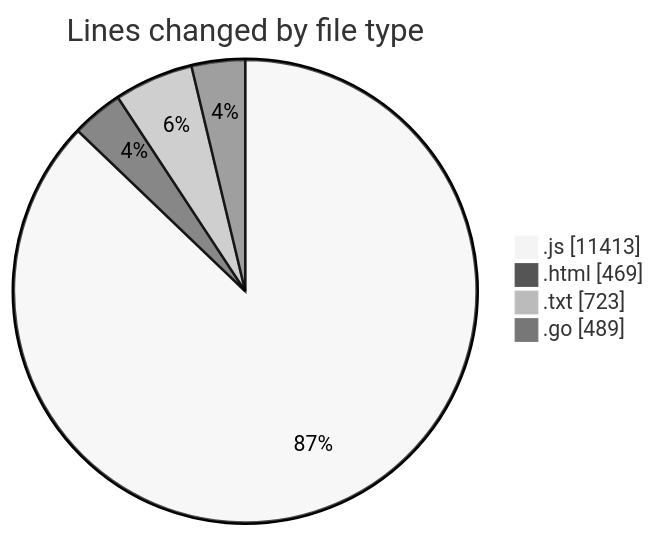
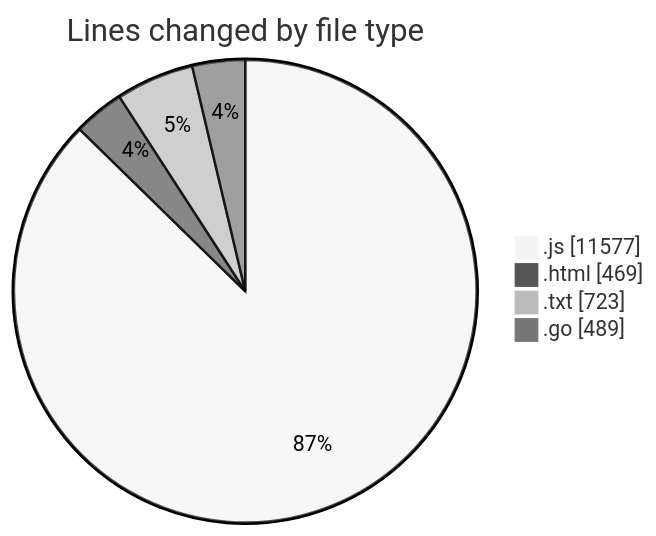
The first of 2 diagrams in 2025-03-03/kart-online/README.md (robertbonfada/code-tracking), drawn with Mermaid (neutral theme) before and after one commit. The commit also changed other lines of this file and 1 other file, not shown here.

````diff
--- a/2025-03-03/kart-online/README.md
+++ b/2025-03-03/kart-online/README.md
@@ -42,8 +42,8 @@
 ```mermaid
 pie showData
 title Lines changed by file type
-".js" : 11413
+".js" : 11577
 ".html" : 469
 ".txt" : 723
 ".go" : 489
 ```
````
